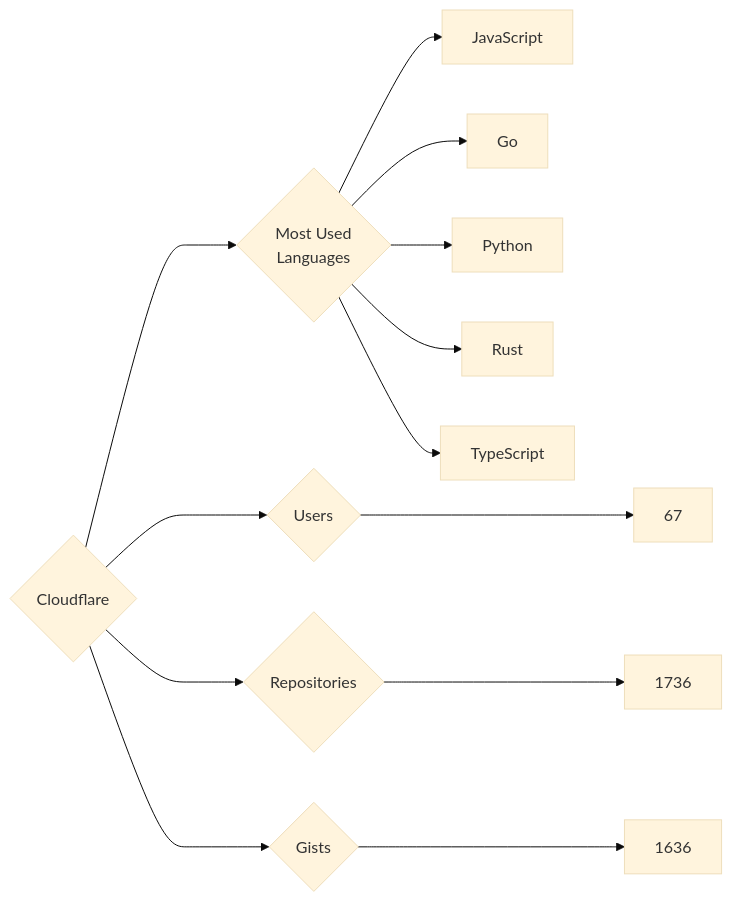
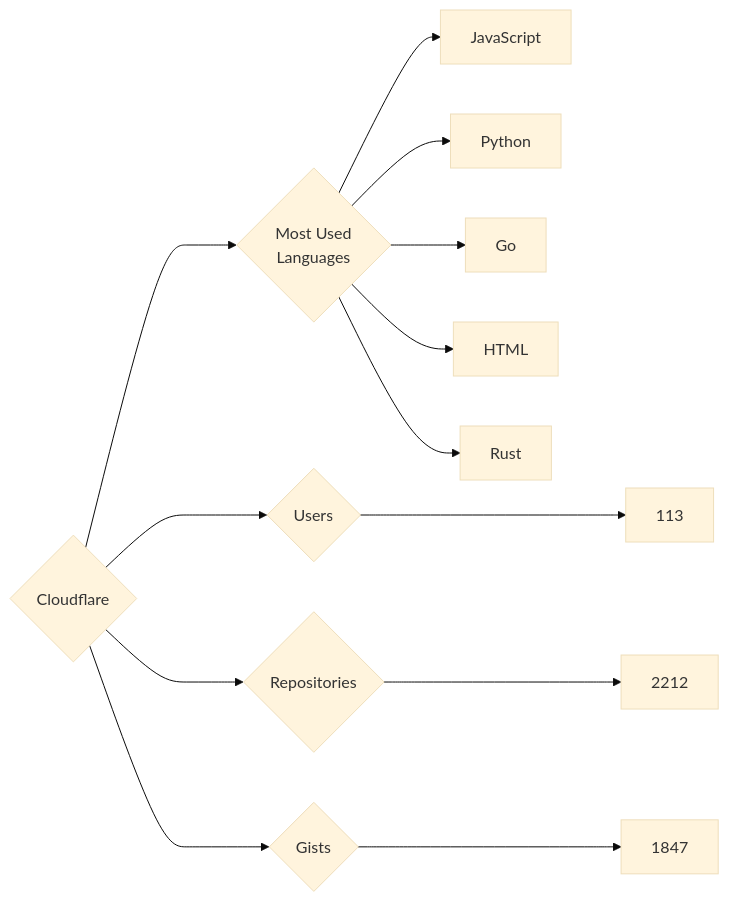
One commit to trickest/insiders changed the diagram in targets/Cloudflare/README.md. Above: the diagram before and after it, drawn with Mermaid (base theme). The commit also changed 891 other files, not shown here.

````diff
--- a/targets/Cloudflare/README.md
+++ b/targets/Cloudflare/README.md
@@ -3,13 +3,13 @@
 ```mermaid
 graph LR
 COMPANY_NAME{Cloudflare}
-COMPANY_NAME ---> U{Users} ---> UN[67]
-COMPANY_NAME ---> R{Repositories} ---> RN[1736]
-COMPANY_NAME ---> G{Gists} ---> GN[1636]
+COMPANY_NAME ---> U{Users} ---> UN[113]
+COMPANY_NAME ---> R{Repositories} ---> RN[2212]
+COMPANY_NAME ---> G{Gists} ---> GN[1847]
 COMPANY_NAME ---> ML{Most Used<br>Languages}
 ML --> JavaScript[JavaScript]
+ML --> Python[Python]
 ML --> Go[Go]
-ML --> Python[Python]
+ML --> HTML[HTML]
 ML --> Rust[Rust]
-ML --> TypeScript[TypeScript]
 ```
````
